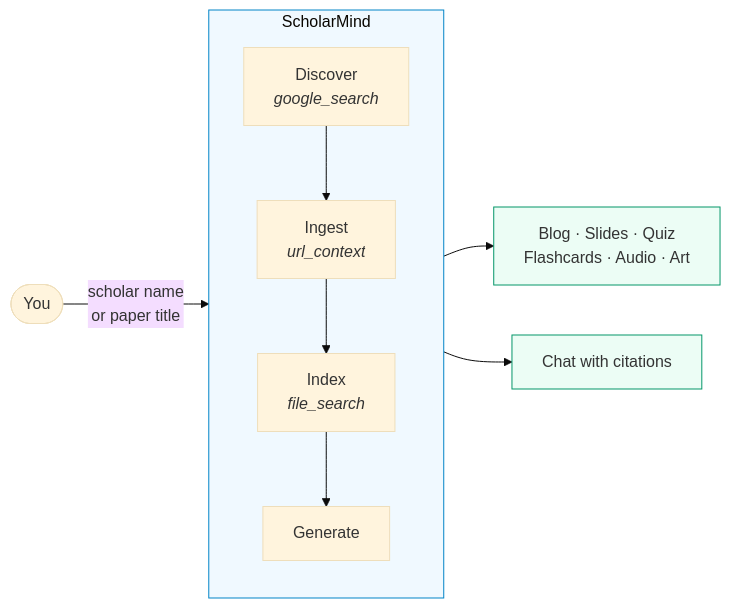
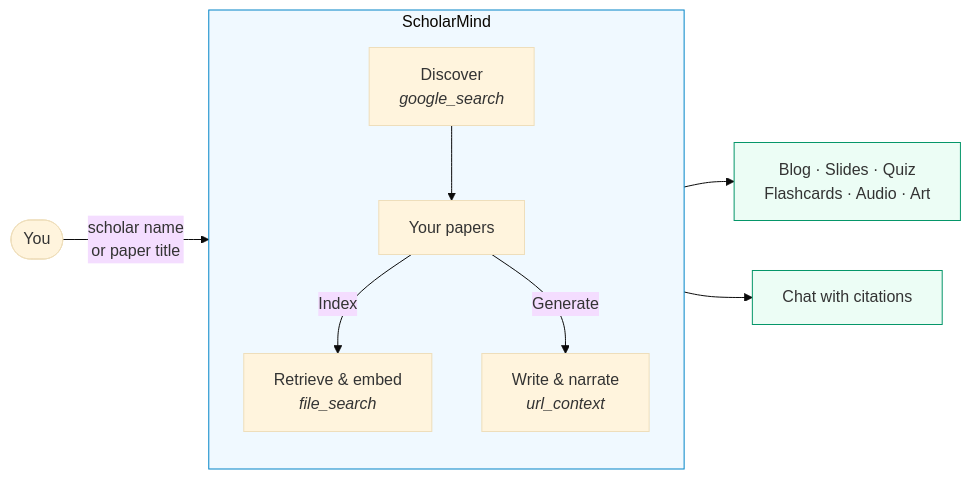
Before and after one commit to BuildGeekAI/scholar-mind: the first of 4 diagrams in README.md, drawn with Mermaid (base theme). The commit also changed other lines of this file and 12 other files, not shown here.

````diff
--- a/README.md
+++ b/README.md
@@ -11,18 +11,18 @@
 ```mermaid
 flowchart LR
     U([You]) -->|"scholar name<br/>or paper title"| APP
 
     subgraph APP["ScholarMind"]
         direction TB
-        D["Discover<br/><i>google_search</i>"] --> I["Ingest<br/><i>url_context</i>"]
-        I --> X["Index<br/><i>file_search</i>"]
-        X --> G["Generate"]
+        D["Discover<br/><i>google_search</i>"] --> P["Your papers"]
+        P -->|"Index"| X["Retrieve & embed<br/><i>file_search</i>"]
+        P -->|"Generate"| G["Write & narrate<br/><i>url_context</i>"]
     end
 
     G --> OUT["Blog · Slides · Quiz<br/>Flashcards · Audio · Art"]
     X --> C["Chat with citations"]
 
     style APP fill:#f0f9ff,stroke:#0284c7
     style OUT fill:#ecfdf5,stroke:#059669
     style C fill:#ecfdf5,stroke:#059669
 ```
````
